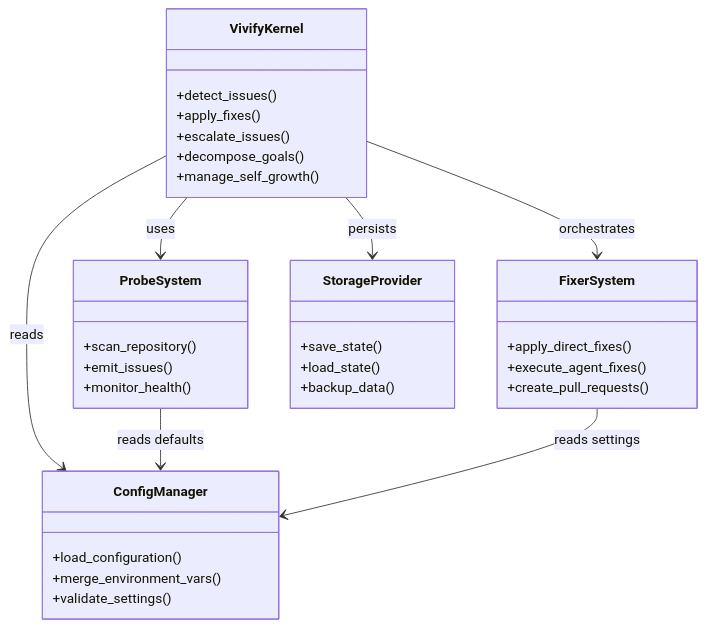
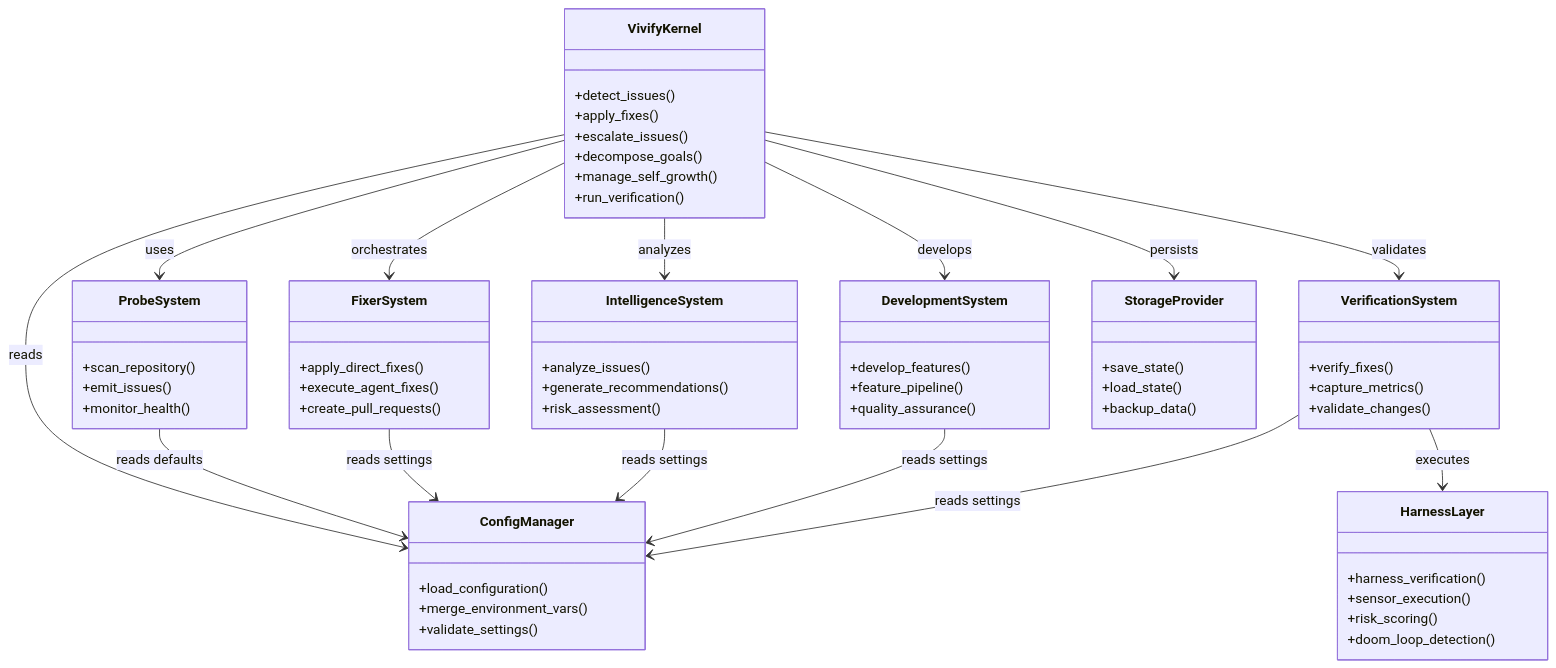
One commit to pinsonchen/vivify changed the third of 6 diagrams in .qoder/repowiki/zh/content/项目概述.md. Above: the diagram before and after it, drawn with Mermaid. The commit also changed other lines of this file and 25 other files, not shown here.

````diff
--- a/.qoder/repowiki/zh/content/项目概述.md
+++ b/.qoder/repowiki/zh/content/项目概述.md
@@ -142,36 +176,65 @@
 ```mermaid
 classDiagram
 class VivifyKernel {
 +detect_issues()
 +apply_fixes()
 +escalate_issues()
 +decompose_goals()
 +manage_self_growth()
++run_verification()
 }
 class ProbeSystem {
 +scan_repository()
 +emit_issues()
 +monitor_health()
 }
 class FixerSystem {
 +apply_direct_fixes()
 +execute_agent_fixes()
 +create_pull_requests()
+}
+class IntelligenceSystem {
++analyze_issues()
++generate_recommendations()
++risk_assessment()
+}
+class DevelopmentSystem {
++develop_features()
++feature_pipeline()
++quality_assurance()
+}
+class VerificationSystem {
++verify_fixes()
++capture_metrics()
++validate_changes()
+}
+class HarnessLayer {
++harness_verification()
++sensor_execution()
++risk_scoring()
++doom_loop_detection()
 }
 class ConfigManager {
 +load_configuration()
 +merge_environment_vars()
 +validate_settings()
 }
 class StorageProvider {
 +save_state()
 +load_state()
 +backup_data()
 }
 VivifyKernel --> ProbeSystem : uses
 VivifyKernel --> FixerSystem : orchestrates
+VivifyKernel --> IntelligenceSystem : analyzes
+VivifyKernel --> DevelopmentSystem : develops
+VivifyKernel --> VerificationSystem : validates
+VerificationSystem --> HarnessLayer : executes
 VivifyKernel --> ConfigManager : reads
 VivifyKernel --> StorageProvider : persists
 ProbeSystem --> ConfigManager : reads defaults
 FixerSystem --> ConfigManager : reads settings
+IntelligenceSystem --> ConfigManager : reads settings
+DevelopmentSystem --> ConfigManager : reads settings
+VerificationSystem --> ConfigManager : reads settings
 ```
````
